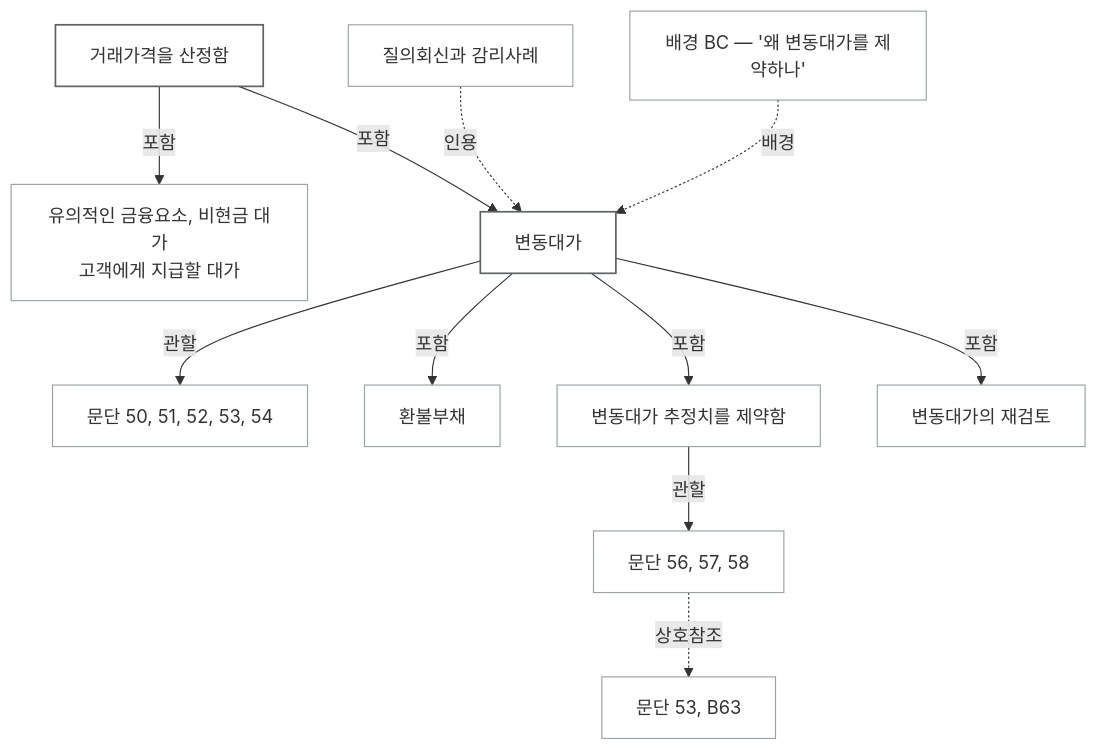
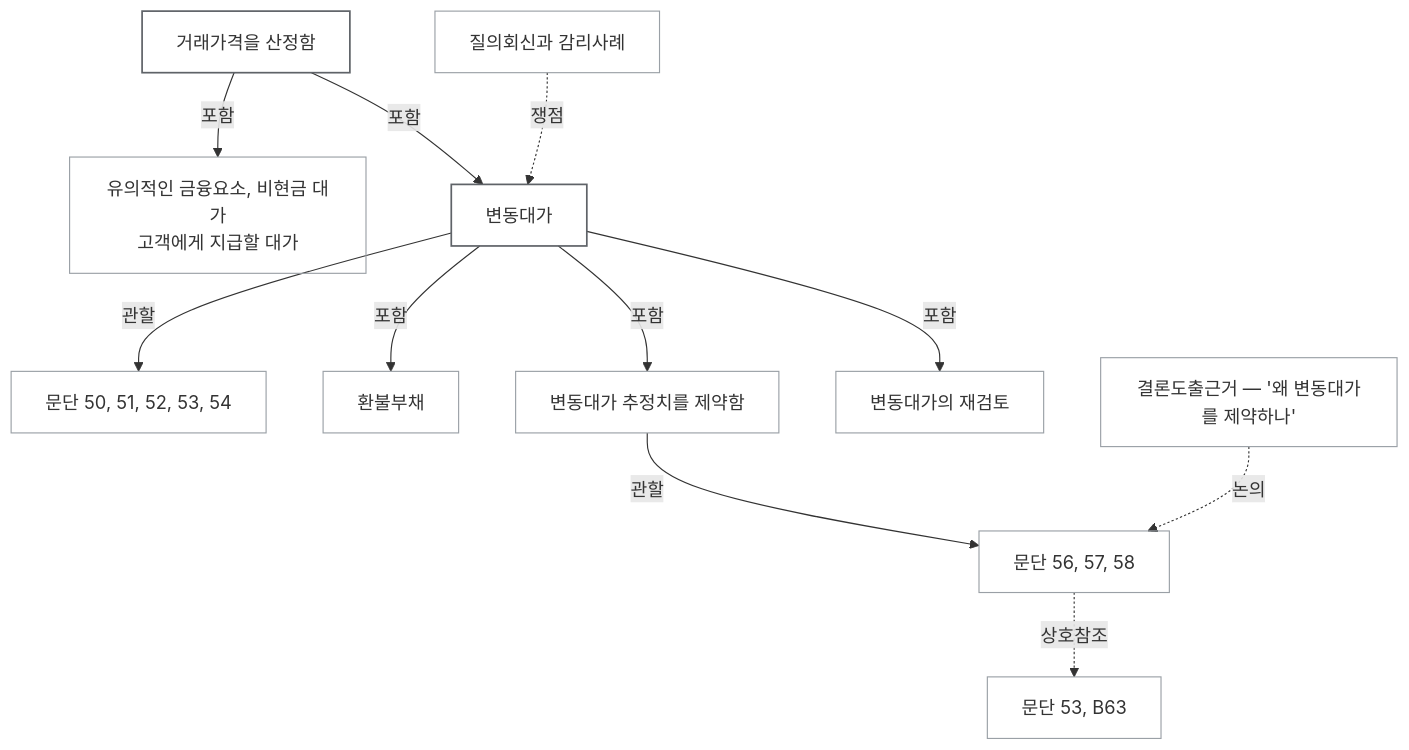
Before and after one commit to ghdtjrgns321-creator/k-ifrs-1115: the fourth of 4 diagrams in README.md, drawn with Mermaid. The commit also changed other lines of this file, not shown here.

````diff
--- a/README.md
+++ b/README.md
@@ -335,21 +368,21 @@
 ```mermaid
 flowchart TD
     P["거래가격을 산정함"]
     B["유의적인 금융요소, 비현금 대가<br/>고객에게 지급할 대가"]
     V["변동대가"]
     P -->|포함| V
     P -->|포함| B
     V -->|관할| VP["문단 50, 51, 52, 53, 54"]
     V -->|포함| C1["환불부채"]
     V -->|포함| C2["변동대가 추정치를 제약함"]
     V -->|포함| C3["변동대가의 재검토"]
     C2 -->|관할| CP["문단 56, 57, 58"]
     CP -.->|상호참조| X["문단 53, B63"]
-    S["질의회신과 감리사례"] -.->|인용| V
-    BC["배경 BC — '왜 변동대가를 제약하나'"] -.->|배경| V
+    S["질의회신과 감리사례"] -.->|쟁점| V
+    BC["결론도출근거 — '왜 변동대가를 제약하나'"] -.->|논의| CP
 
     classDef step fill:none,stroke:#9aa0a6,stroke-width:1px
     classDef port fill:none,stroke:#5f6368,stroke-width:1.5px
     class B,VP,C1,C2,C3,CP,X,S,BC step
     class P,V port
 ```
````
